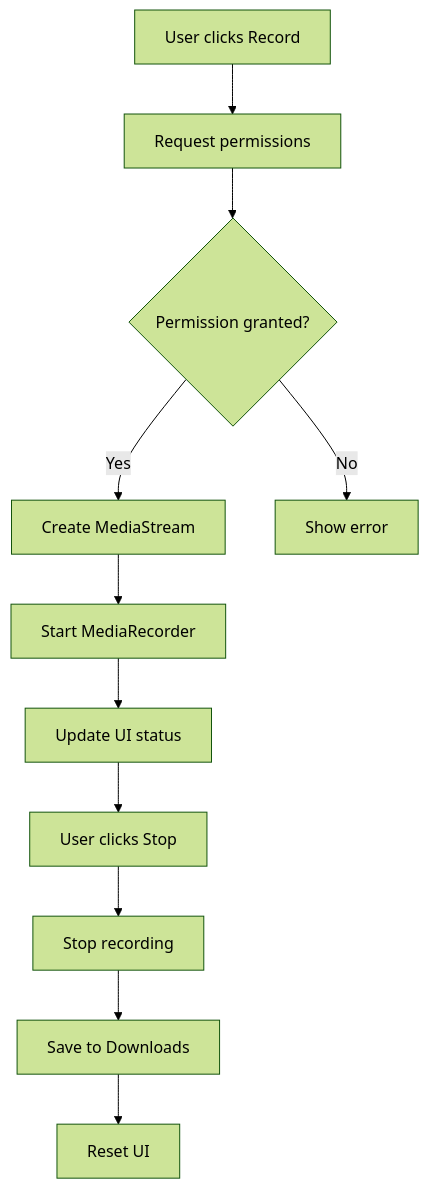
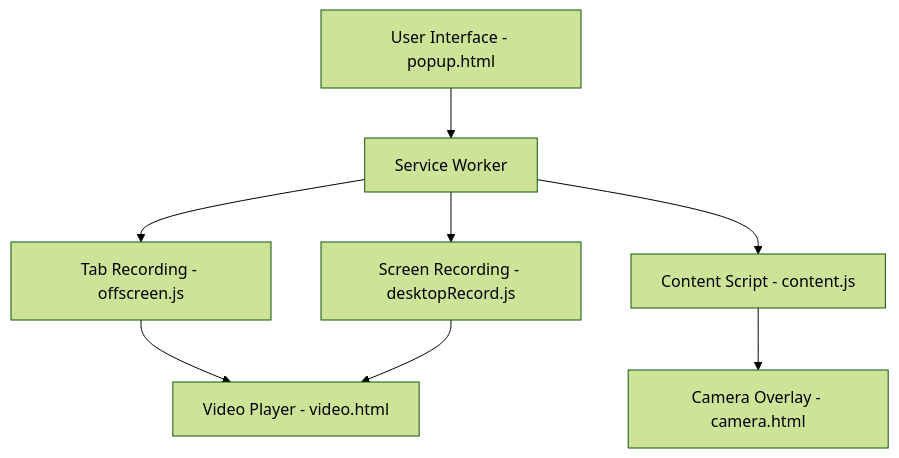
Before and after one commit to KishorKumarParoi/Koom-AI-Chrome-Extension: the diagram in readme.md, drawn with Mermaid (forest theme). The commit also changed other lines of this file and 4 other files, not shown here.

````diff
--- a/readme.md
+++ b/readme.md
@@ -153,13 +95,10 @@
 ```mermaid
-graph TD
-    A[User clicks Record] --> B[Request permissions]
-    B --> C{Permission granted?}
-    C -->|Yes| D[Create MediaStream]
-    C -->|No| E[Show error]
-    D --> F[Start MediaRecorder]
-    F --> G[Update UI status]
-    G --> H[User clicks Stop]
-    H --> I[Stop recording]
-    I --> J[Save to Downloads]
-    J --> K[Reset UI]
+graph TB
+    A[User Interface - popup.html] --> B[Service Worker]
+    B --> C[Tab Recording - offscreen.js]
+    B --> D[Screen Recording - desktopRecord.js]
+    B --> E[Content Script - content.js]
+    E --> F[Camera Overlay - camera.html]
+    C --> G[Video Player - video.html]
+    D --> G
 ```
````
